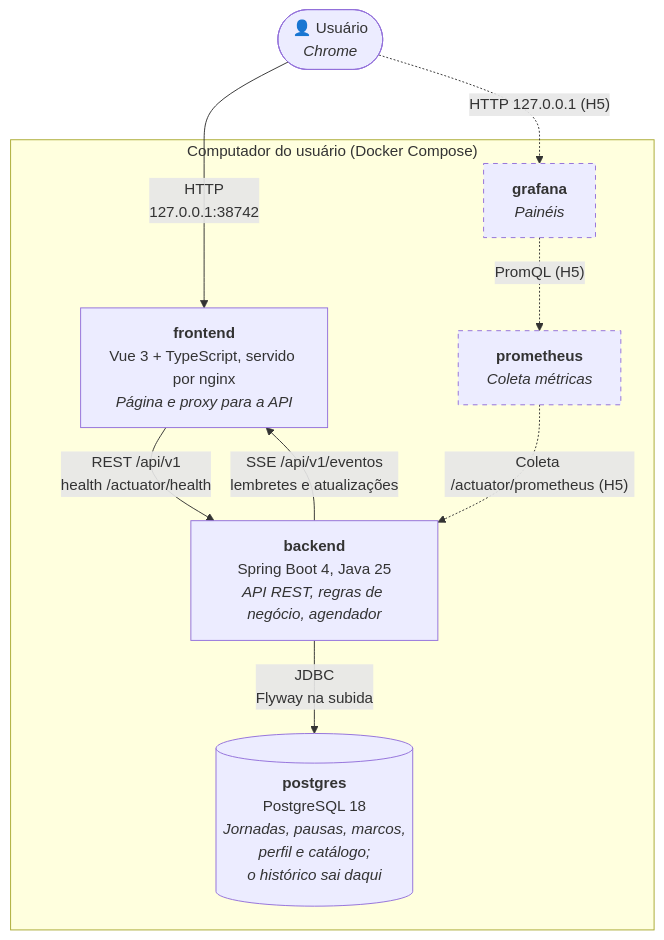
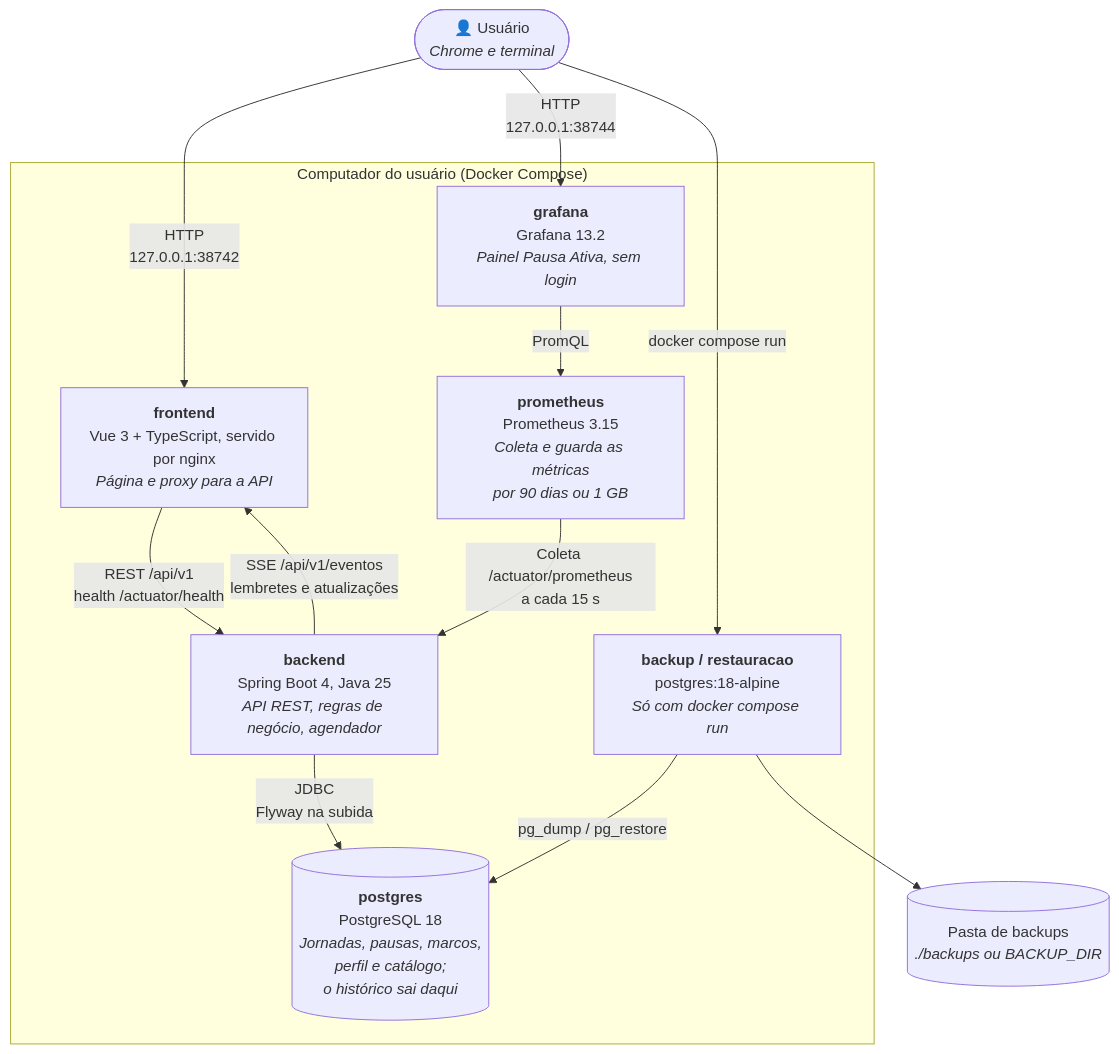
The diagram in docs/arquitetura/c4-2-containers.md (lincolnnaraujo/pausa-ativa), drawn with Mermaid before and after one commit. The commit also changed other lines of this file and 12 other files, not shown here.

````diff
--- a/docs/arquitetura/c4-2-containers.md
+++ b/docs/arquitetura/c4-2-containers.md
@@ -5,23 +5,25 @@
 ```mermaid
 flowchart TB
-    U(["👤 Usuário<br/><i>Chrome</i>"])
+    U(["👤 Usuário<br/><i>Chrome e terminal</i>"])
 
     subgraph host["Computador do usuário (Docker Compose)"]
         FE["<b>frontend</b><br/>Vue 3 + TypeScript, servido por nginx<br/><i>Página e proxy para a API</i>"]
         BE["<b>backend</b><br/>Spring Boot 4, Java 25<br/><i>API REST, regras de negócio, agendador</i>"]
         DB[("<b>postgres</b><br/>PostgreSQL 18<br/><i>Jornadas, pausas, marcos,<br/>perfil e catálogo;<br/>o histórico sai daqui</i>")]
-        PR["<b>prometheus</b><br/><i>Coleta métricas</i>"]
-        GR["<b>grafana</b><br/><i>Painéis</i>"]
+        PR["<b>prometheus</b><br/>Prometheus 3.15<br/><i>Coleta e guarda as métricas<br/>por 90 dias ou 1 GB</i>"]
+        GR["<b>grafana</b><br/>Grafana 13.2<br/><i>Painel Pausa Ativa, sem login</i>"]
+        BK["<b>backup / restauracao</b><br/>postgres:18-alpine<br/><i>Só com docker compose run</i>"]
     end
+    PASTA[("Pasta de backups<br/><i>./backups ou BACKUP_DIR</i>")]
 
     U -->|"HTTP<br/>127.0.0.1:38742"| FE
     FE -->|"REST /api/v1<br/>health /actuator/health"| BE
     BE -->|"SSE /api/v1/eventos<br/>lembretes e atualizações"| FE
     BE -->|"JDBC<br/>Flyway na subida"| DB
-    PR -.->|"Coleta /actuator/prometheus (H5)"| BE
-    GR -.->|"PromQL (H5)"| PR
-    U -.->|"HTTP 127.0.0.1 (H5)"| GR
-
-    classDef futuro stroke-dasharray: 5 5
-    class PR,GR futuro
+    U -->|"HTTP<br/>127.0.0.1:38744"| GR
+    GR -->|"PromQL"| PR
+    PR -->|"Coleta /actuator/prometheus<br/>a cada 15 s"| BE
+    U -->|"docker compose run"| BK
+    BK -->|"pg_dump / pg_restore"| DB
+    BK --> PASTA
 ```
````
